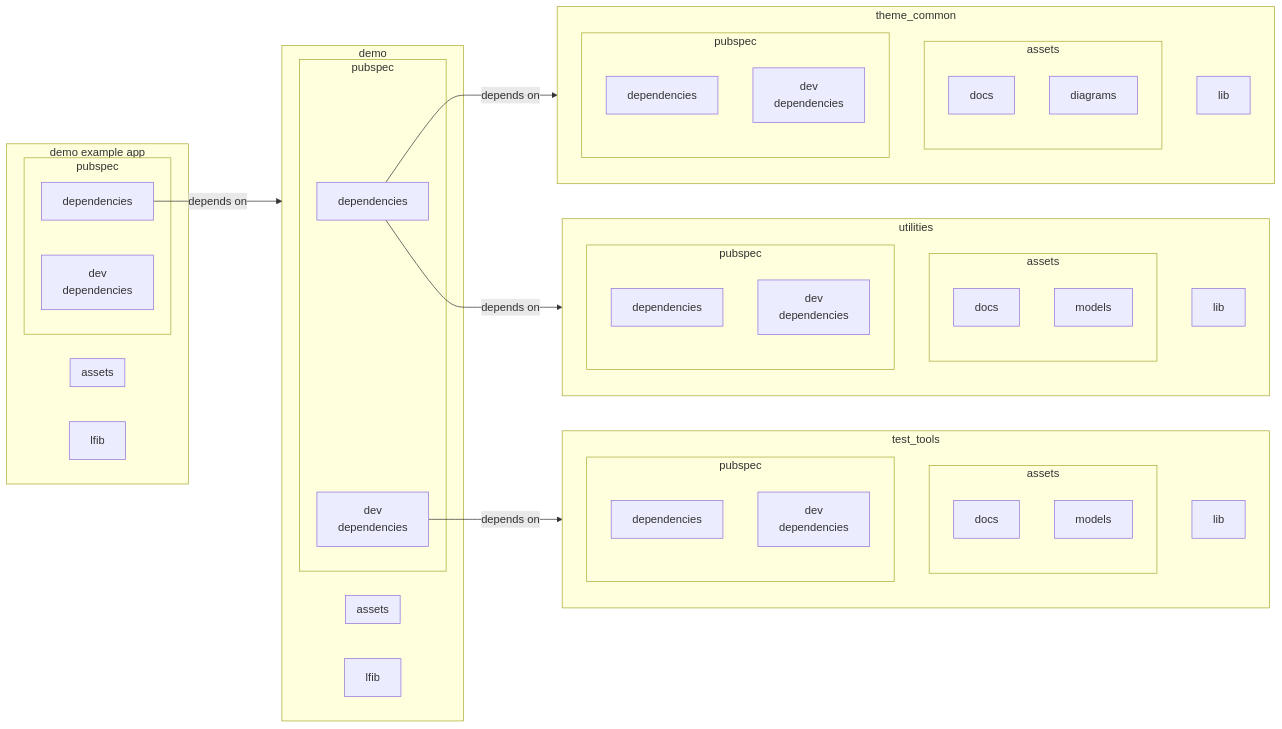
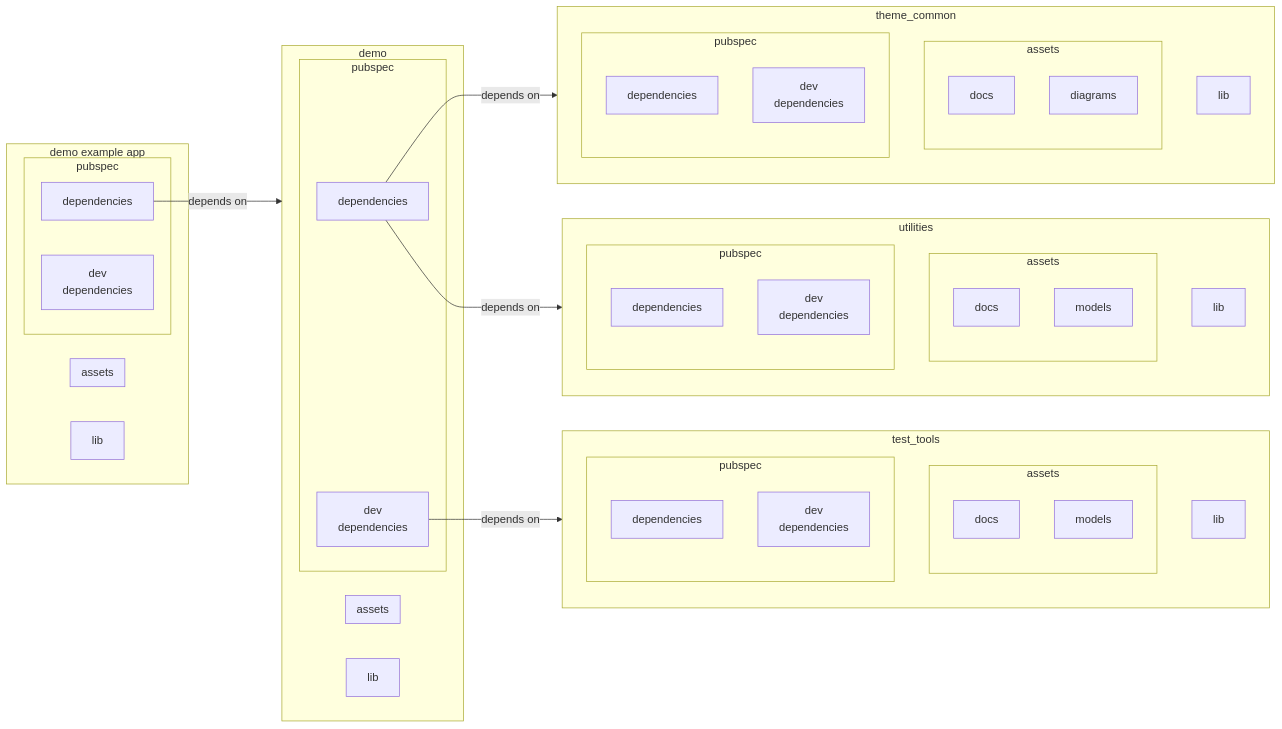
One commit to freemansoft/flutter_asset_demo changed the diagram in README.md. Above: the diagram before and after it, drawn with Mermaid.

````diff
--- a/README.md
+++ b/README.md
@@ -17,71 +17,71 @@
 ```mermaid
 flowchart LR
 
 subgraph demo-example[demo example app]
-    lib-example[lfib]
+    lib-example[lib]
     subgraph assets-example[assets]
     end
     subgraph pubspec-demo[pubspec]
         depend-example[dependencies]
         depend-test-example[dev<br/>dependencies]
     end
 end
 
 subgraph demo
-    lib-demo[lfib]
+    lib-demo[lib]
     subgraph assets-demo[assets]
     end
     subgraph pubspec-test[pubspec]
         depend-demo[dependencies]
         depend-test-demo[dev<br/>dependencies]
     end
 
 end
 
 depend-example --depends on--> demo
 depend-demo --depends on--> theme_common
 depend-demo --depends on--> utilities
 depend-test-demo -- depends on--> test_tools
 
 subgraph test_tools
     lib-test[lib]
     subgraph assets-test[assets]
         direction TB
         assets-tools-docs[docs]
         assets-tools-models[models]
     end
     subgraph pubspec-tools[pubspec]
         direction TB
         depend-tools[dependencies]
         depend-tools-test[dev<br/>dependencies]
     end
 end
 
 subgraph theme_common
     lib-theme[lib]
     subgraph assets-theme[assets]
         direction TB
         assets-theme-docs[docs]
         assets-theme-diagrams[diagrams]
     end
     subgraph pubspec-theme[pubspec]
         direction TB
         depend-theme[dependencies]
         depend-test-theme[dev<br/>dependencies]
     end
 end
 
 subgraph utilities
     lib-utilities[lib]
     subgraph assets-utilities[assets]
         direction TB
         assets-utilities-docs[docs]
         assets-utilities-models[models]
     end
     subgraph pubspec-utilities[pubspec]
         direction TB
         depend-utilities[dependencies]
         depend-test-utilities[dev<br/>dependencies]
     end
 end
 ```
````
